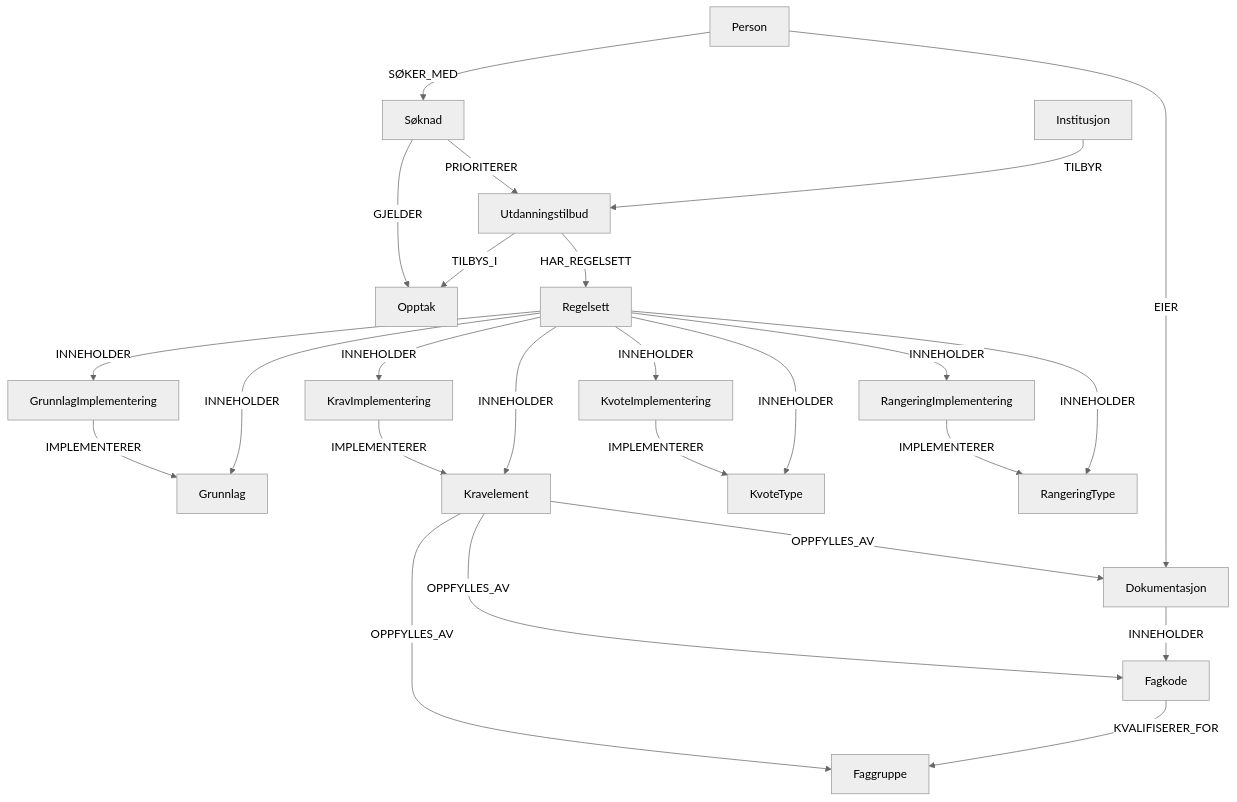
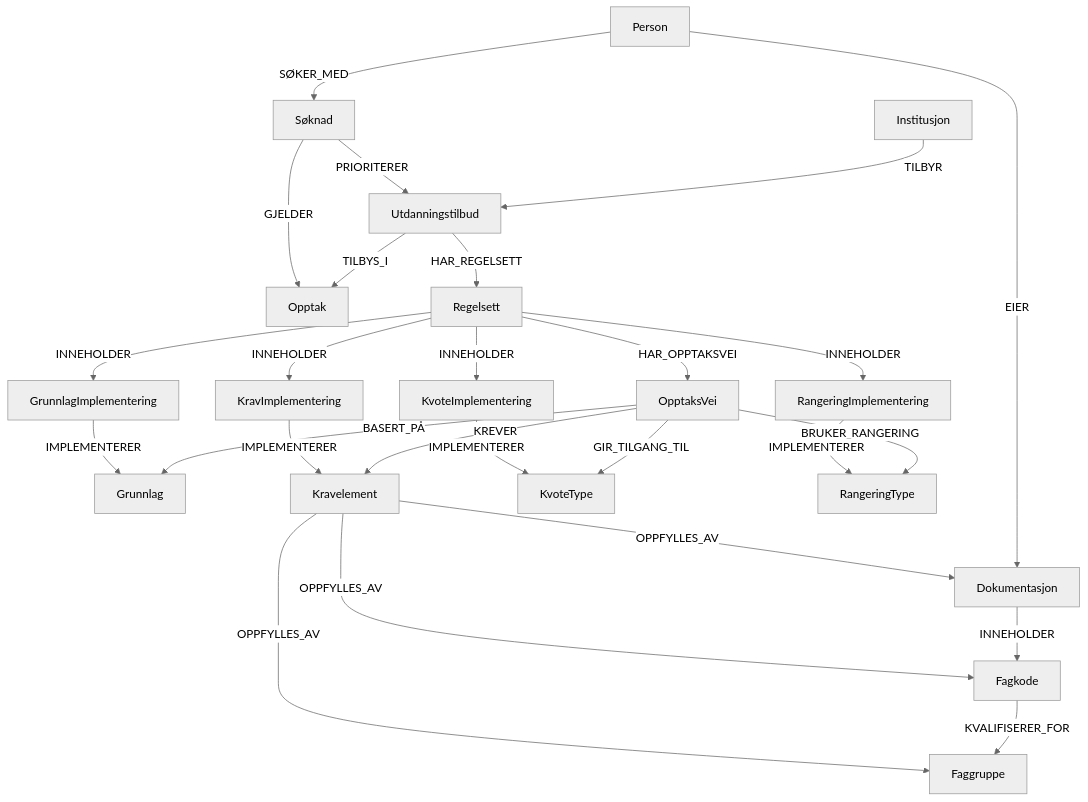
The diagram in domenekunnskap/datamodell.md (SmidigStorm/grafopptak), drawn with Mermaid (neutral theme) before and after one commit. The commit also changed other lines of this file and 4 other files, not shown here.

First line of the commit message:
Implementer OpptaksVei-struktur med beslutningstre

````diff
--- a/domenekunnskap/datamodell.md
+++ b/domenekunnskap/datamodell.md
@@ -5,35 +5,36 @@
 ```mermaid
 graph TD
     Institusjon -->|TILBYR| Utdanningstilbud
     Person -->|EIER| Dokumentasjon
     Person -->|SØKER_MED| Søknad
     Utdanningstilbud -->|TILBYS_I| Opptak
     Utdanningstilbud -->|HAR_REGELSETT| Regelsett
     Søknad -->|GJELDER| Opptak
     Søknad -->|PRIORITERER| Utdanningstilbud
 
     %% Dokumentasjonsinnhold
     Dokumentasjon -->|INNEHOLDER| Fagkode
     Fagkode -->|KVALIFISERER_FOR| Faggruppe
 
-    %% Standard-elementer (brukes av regelsett)
-    Regelsett -->|INNEHOLDER| Grunnlag
-    Regelsett -->|INNEHOLDER| Kravelement
-    Regelsett -->|INNEHOLDER| KvoteType
-    Regelsett -->|INNEHOLDER| RangeringType
+    %% Beslutningstre struktur (ny tilnærming)
+    Regelsett -->|HAR_OPPTAKSVEI| OpptaksVei
+    OpptaksVei -->|BASERT_PÅ| Grunnlag
+    OpptaksVei -->|KREVER| Kravelement
+    OpptaksVei -->|GIR_TILGANG_TIL| KvoteType
+    OpptaksVei -->|BRUKER_RANGERING| RangeringType
 
     %% Kobling mellom krav og oppfyllelse (tre forskjellige måter)
     Kravelement -->|OPPFYLLES_AV| Faggruppe
     Kravelement -->|OPPFYLLES_AV| Dokumentasjon
     Kravelement -->|OPPFYLLES_AV| Fagkode
     Regelsett -->|INNEHOLDER| GrunnlagImplementering
     Regelsett -->|INNEHOLDER| KravImplementering
     Regelsett -->|INNEHOLDER| KvoteImplementering
     Regelsett -->|INNEHOLDER| RangeringImplementering
 
     %% Implementeringer basert på standarder
     GrunnlagImplementering -->|IMPLEMENTERER| Grunnlag
     KravImplementering -->|IMPLEMENTERER| Kravelement
     KvoteImplementering -->|IMPLEMENTERER| KvoteType
     RangeringImplementering -->|IMPLEMENTERER| RangeringType
 ```
````
